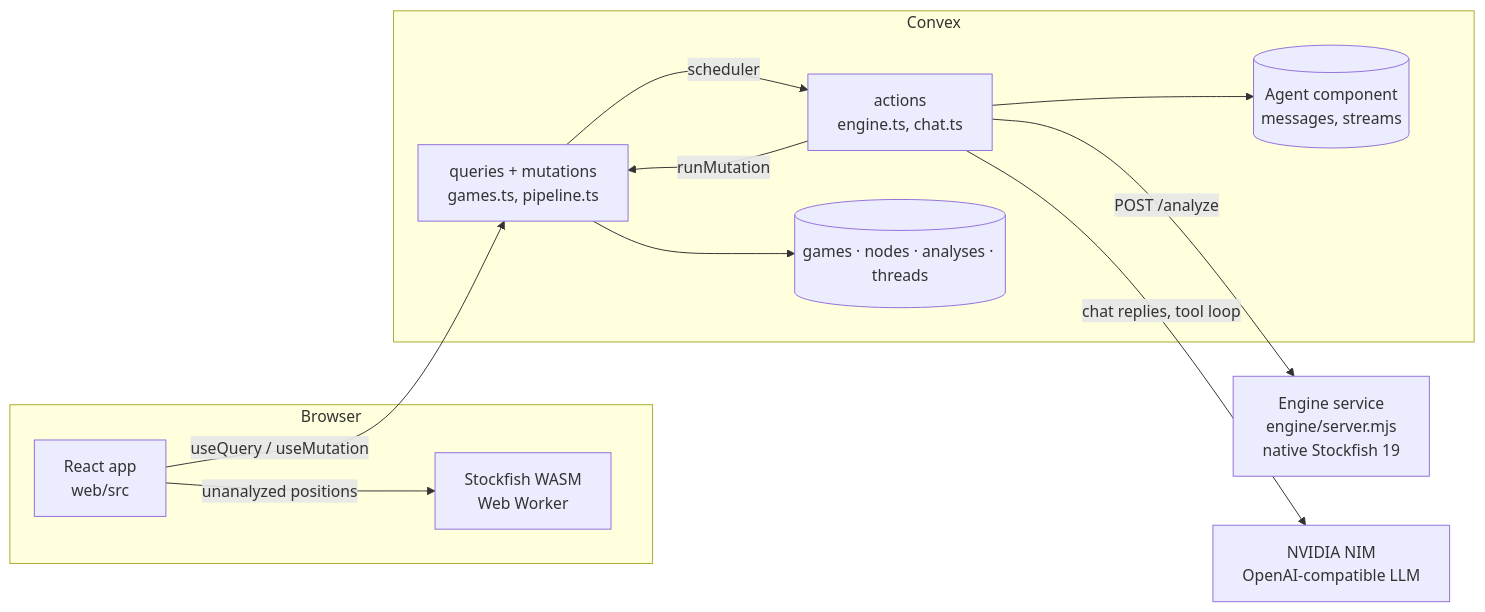
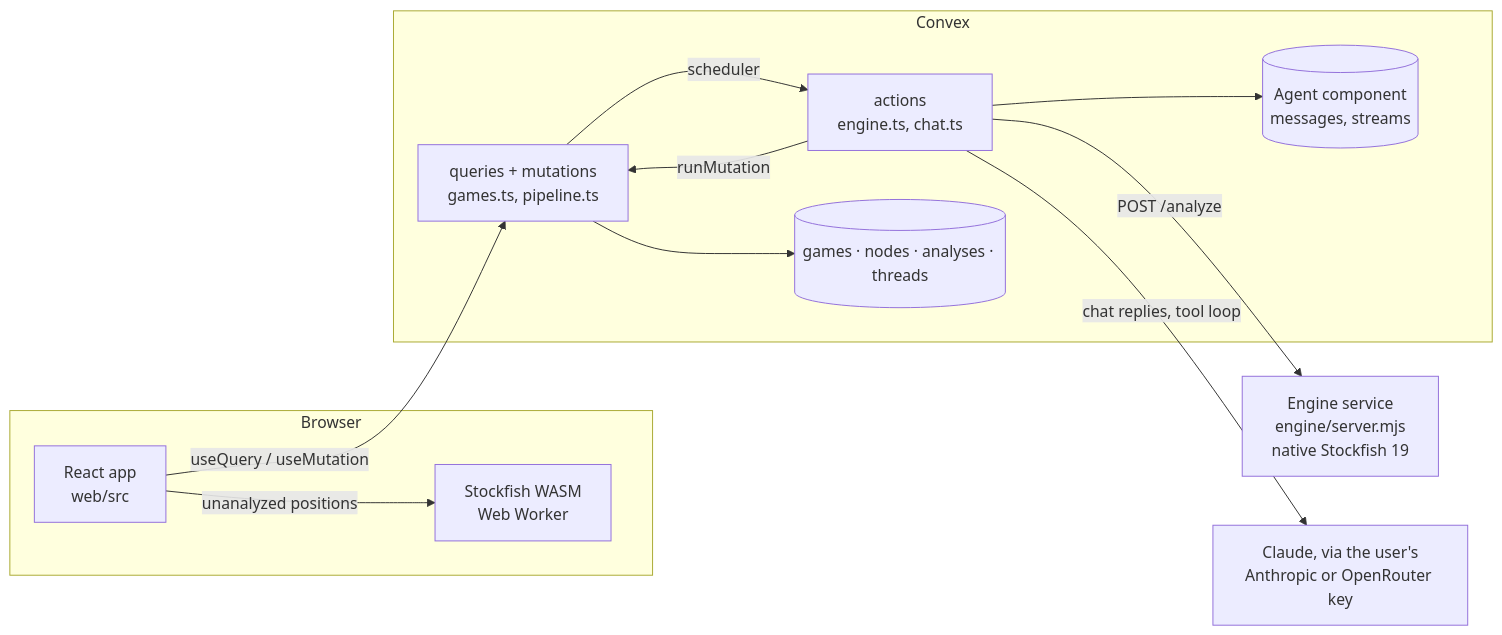
Before and after one commit to anand-dev-parekh/Variant: the diagram in docs/architecture.md, drawn with Mermaid. The commit also changed other lines of this file and 20 other files, not shown here.

First line of the commit message:
Bring your own LLM key, and a settings page

````diff
--- a/docs/architecture.md
+++ b/docs/architecture.md
@@ -15,24 +15,24 @@
 ```mermaid
 flowchart LR
   subgraph Browser
     UI[React app<br/>web/src]
     WASM[Stockfish WASM<br/>Web Worker]
   end
   subgraph Convex
     Q[queries + mutations<br/>games.ts, pipeline.ts]
     A[actions<br/>engine.ts, chat.ts]
     DB[(games · nodes · analyses · threads)]
     AG[(Agent component<br/>messages, streams)]
   end
   ES[Engine service<br/>engine/server.mjs<br/>native Stockfish 19]
-  LLM[NVIDIA NIM<br/>OpenAI-compatible LLM]
+  LLM[Claude, via the user's<br/>Anthropic or OpenRouter key]
 
   UI -- useQuery / useMutation --> Q
   Q --> DB
   Q -- scheduler --> A
   A -- POST /analyze --> ES
   A -- runMutation --> Q
   A -- chat replies, tool loop --> LLM
   A --> AG
   UI -- unanalyzed positions --> WASM
 ```
````
